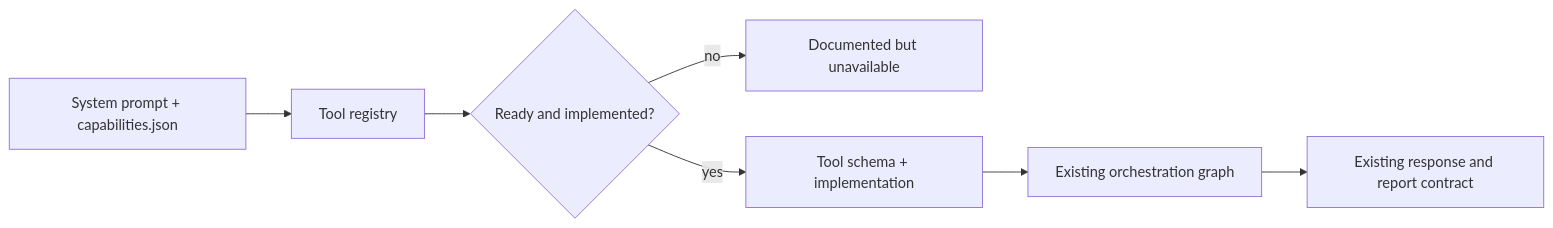
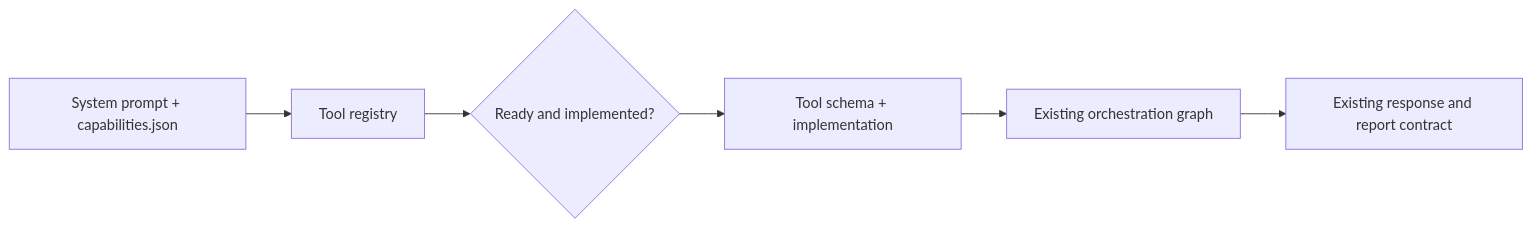
Before and after one commit to Siddh-2006/SatQuery_AI: the third of 3 diagrams in docs/07-feasibility-viability.md, drawn with Mermaid. The commit also changed other lines of this file and 8 other files, not shown here.

````diff
--- a/docs/07-feasibility-viability.md
+++ b/docs/07-feasibility-viability.md
@@ -126,9 +124,8 @@
 ```mermaid
 flowchart LR
 		Contract[System prompt + capabilities.json] --> Registry[Tool registry]
 		Registry --> Ready{Ready and implemented?}
-		Ready -->|no| Deferred[Documented but unavailable]
-		Ready -->|yes| Tool[Tool schema + implementation]
+		Ready --> Tool[Tool schema + implementation]
 		Tool --> Graph[Existing orchestration graph]
 		Graph --> Response[Existing response and report contract]
 ```
````
